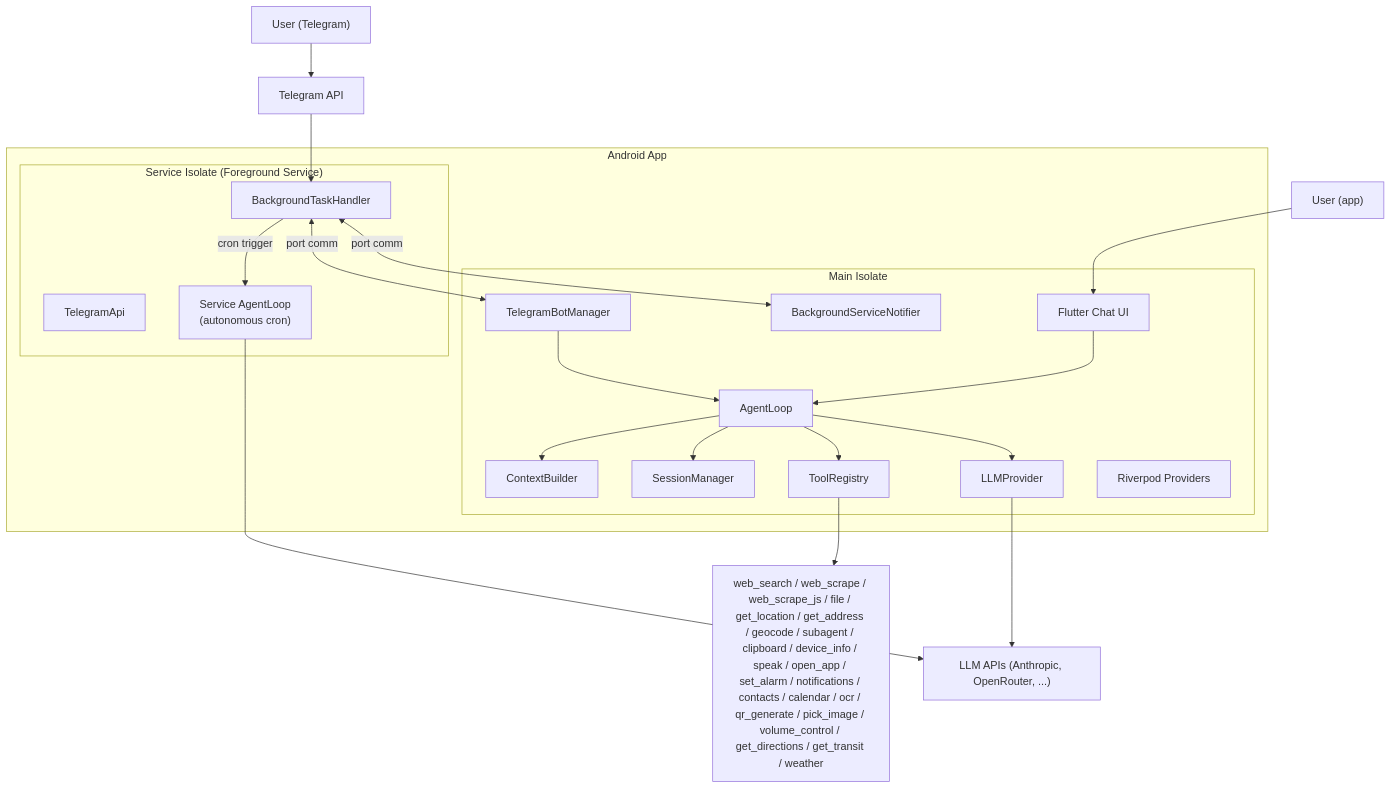
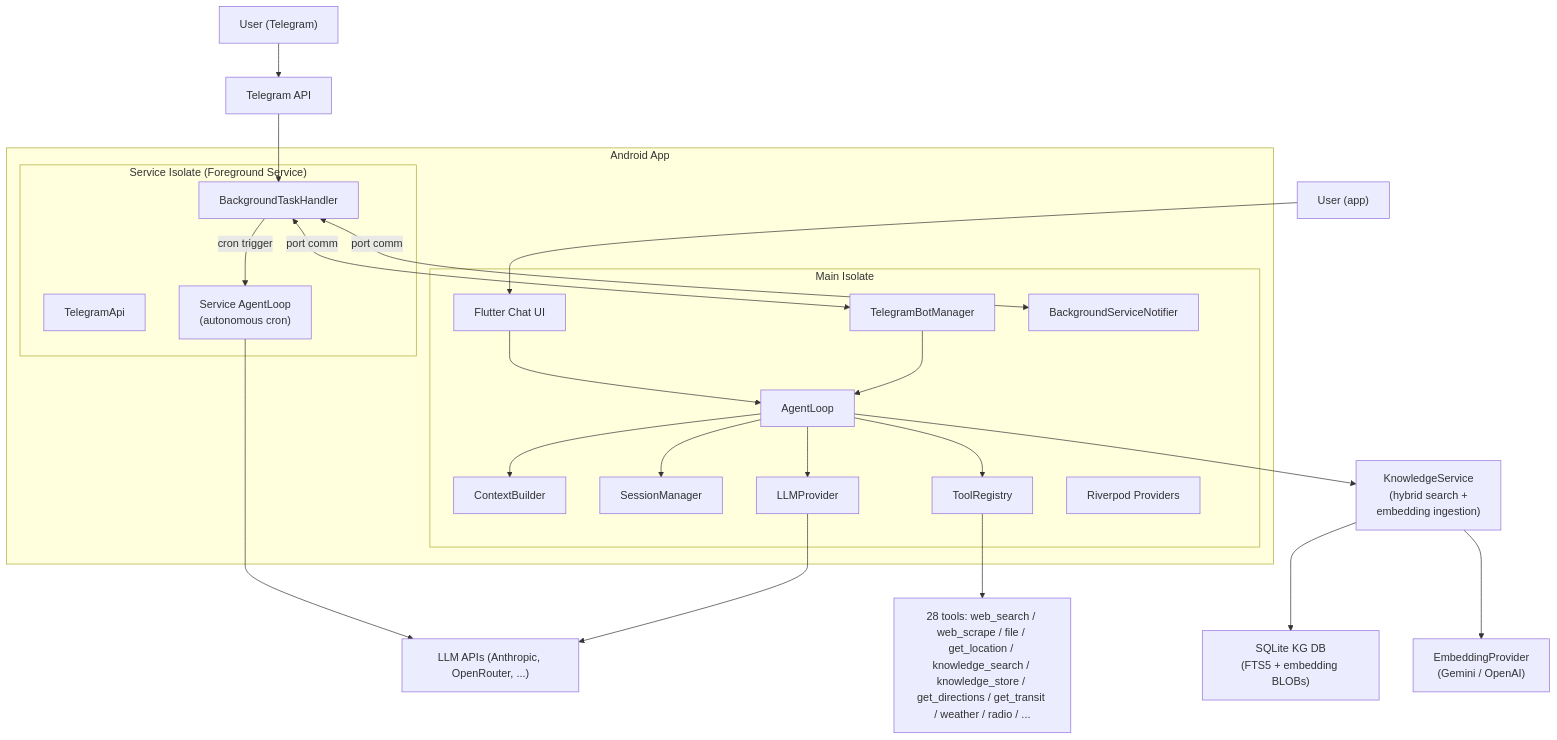
One commit to dgirard/droidclaw changed the first of 3 diagrams in README.md. Above: the diagram before and after it, drawn with Mermaid. The commit also changed other lines of this file and 1 other file, not shown here.

First line of the commit message:
docs: update README and CLAUDE.md for embeddings, KG, radio, STT

````diff
--- a/README.md
+++ b/README.md
@@ -175,37 +181,40 @@
 ```mermaid
 graph TB
     subgraph "Android App"
         subgraph "Main Isolate"
             UI["Flutter Chat UI"]
             TM["TelegramBotManager"]
             BG["BackgroundServiceNotifier"]
             AL["AgentLoop"]
             CB["ContextBuilder"]
             SM["SessionManager"]
             TR["ToolRegistry"]
             LP["LLMProvider"]
             RP["Riverpod Providers"]
         end
         subgraph "Service Isolate (Foreground Service)"
             BTH["BackgroundTaskHandler"]
             TA["TelegramApi"]
             SAL["Service AgentLoop\n(autonomous cron)"]
         end
     end
 
     User1["User (app)"] --> UI
     User2["User (Telegram)"] --> TG["Telegram API"]
     TG --> BTH
     BTH <-->|"port comm"| BG
     BTH <-->|"port comm"| TM
     BTH -->|"cron trigger"| SAL
     UI --> AL
     TM --> AL
     AL --> LP
     AL --> TR
     AL --> SM
     AL --> CB
     SAL --> LLM
     LP --> LLM["LLM APIs (Anthropic, OpenRouter, ...)"]
-    TR --> Tools["web_search / web_scrape / web_scrape_js / file / get_location / get_address / geocode / subagent / clipboard / device_info / speak / open_app / set_alarm / notifications / contacts / calendar / ocr / qr_generate / pick_image / volume_control / get_directions / get_transit / weather"]
+    AL --> KG["KnowledgeService\n(hybrid search +\nembedding ingestion)"]
+    KG --> KGDB["SQLite KG DB\n(FTS5 + embedding BLOBs)"]
+    KG --> EP["EmbeddingProvider\n(Gemini / OpenAI)"]
+    TR --> Tools["28 tools: web_search / web_scrape / file / get_location / knowledge_search / knowledge_store / get_directions / get_transit / weather / radio / ..."]
 ```
````
